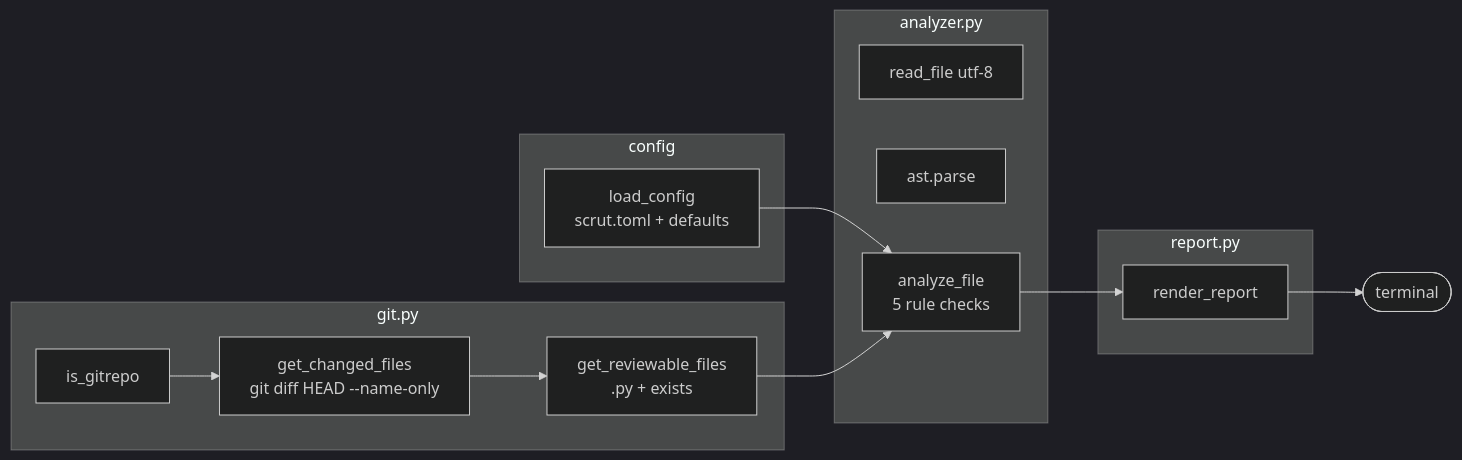
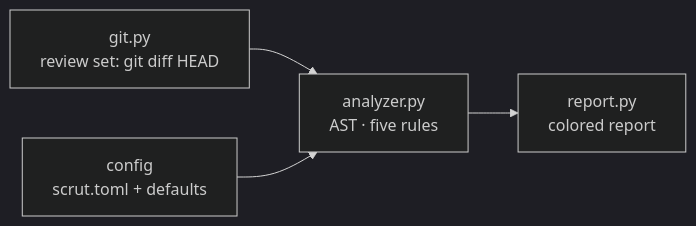
The diagram in README.md (mukundzha/avouch), drawn with Mermaid (dark theme) before and after one commit. The commit also changed other lines of this file, not shown here.

````diff
--- a/README.md
+++ b/README.md
@@ -226,24 +226,6 @@
 ```mermaid
 flowchart LR
-    subgraph git[git.py]
-        A[is_gitrepo]
-        B[get_changed_files<br/>git diff HEAD --name-only]
-        C[get_reviewable_files<br/>.py + exists]
-    end
-    subgraph cfg[config]
-        D[load_config<br/>scrut.toml + defaults]
-    end
-    subgraph ana[analyzer.py]
-        E[read_file utf-8]
-        F[ast.parse]
-        G[analyze_file<br/>5 rule checks]
-    end
-    subgraph rep[report.py]
-        H[render_report]
-    end
-    A --> B --> C
-    D --> G
-    C --> G
-    G --> H
-    H --> I([terminal])
+    G[git.py<br/>review set: git diff HEAD] --> A[analyzer.py<br/>AST · five rules]
+    C[config<br/>scrut.toml + defaults] --> A
+    A --> R[report.py<br/>colored report]
 ```
````
